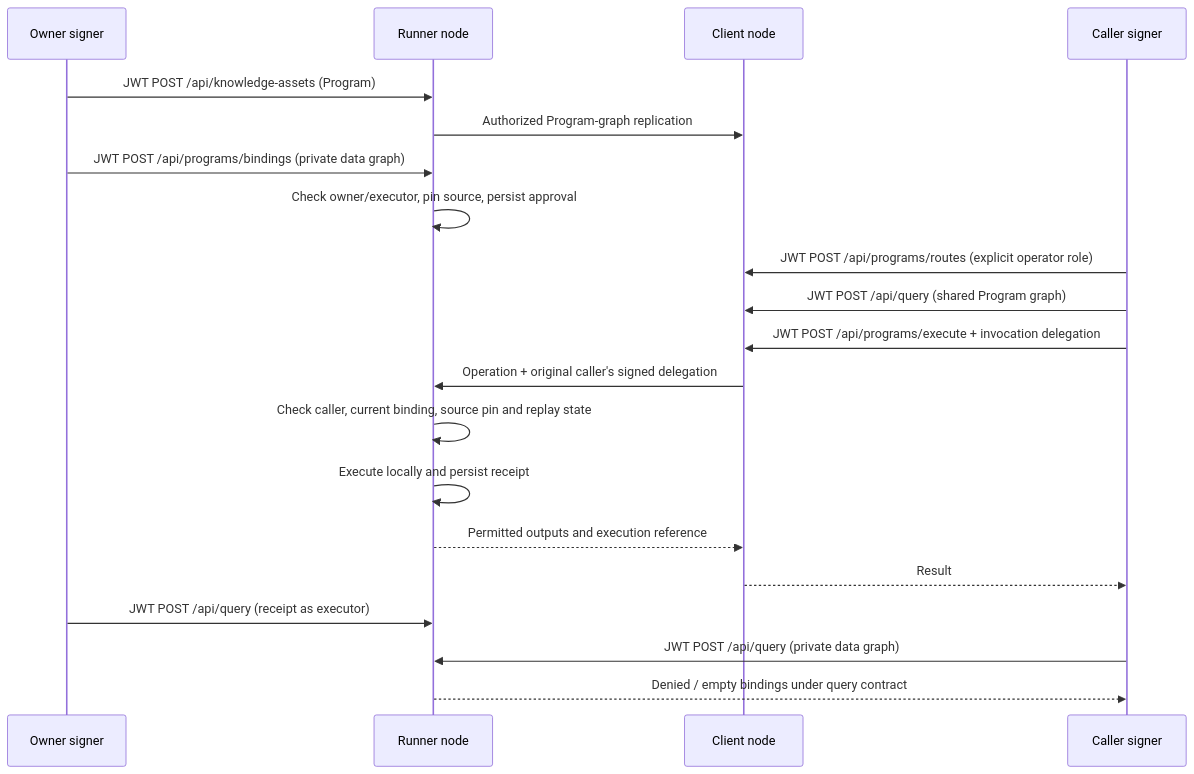
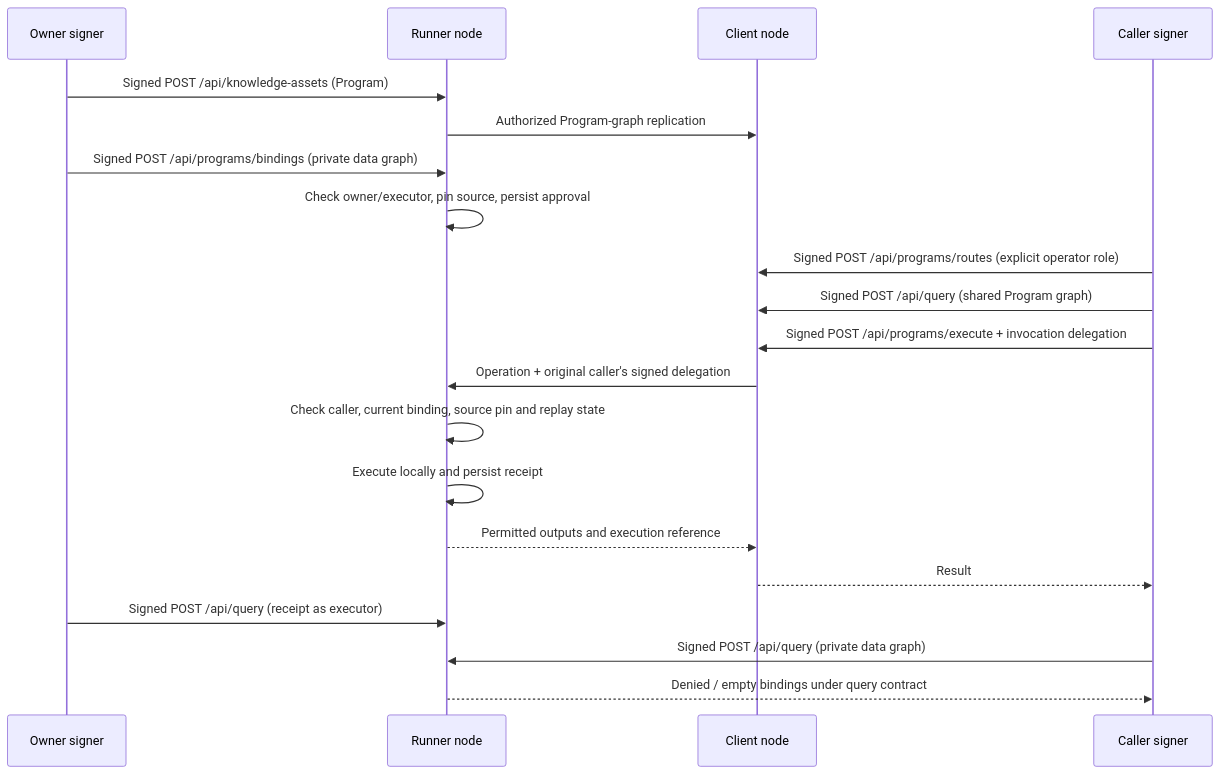
The diagram in docs/architecture/program-authorization-api.md (OriginTrail/dkg), drawn with Mermaid before and after one commit. The commit also changed other lines of this file and 9 other files, not shown here.

````diff
--- a/docs/architecture/program-authorization-api.md
+++ b/docs/architecture/program-authorization-api.md
@@ -69,22 +69,22 @@
 ```mermaid
 sequenceDiagram
   participant O as Owner signer
   participant R as Runner node
   participant C as Client node
   participant A as Caller signer
-  O->>R: JWT POST /api/knowledge-assets (Program)
+  O->>R: Signed POST /api/knowledge-assets (Program)
   R->>C: Authorized Program-graph replication
-  O->>R: JWT POST /api/programs/bindings (private data graph)
+  O->>R: Signed POST /api/programs/bindings (private data graph)
   R->>R: Check owner/executor, pin source, persist approval
-  A->>C: JWT POST /api/programs/routes (explicit operator role)
-  A->>C: JWT POST /api/query (shared Program graph)
-  A->>C: JWT POST /api/programs/execute + invocation delegation
+  A->>C: Signed POST /api/programs/routes (explicit operator role)
+  A->>C: Signed POST /api/query (shared Program graph)
+  A->>C: Signed POST /api/programs/execute + invocation delegation
   C->>R: Operation + original caller's signed delegation
   R->>R: Check caller, current binding, source pin and replay state
   R->>R: Execute locally and persist receipt
   R-->>C: Permitted outputs and execution reference
   C-->>A: Result
-  O->>R: JWT POST /api/query (receipt as executor)
-  A->>R: JWT POST /api/query (private data graph)
+  O->>R: Signed POST /api/query (receipt as executor)
+  A->>R: Signed POST /api/query (private data graph)
   R-->>A: Denied / empty bindings under query contract
 ```
````
